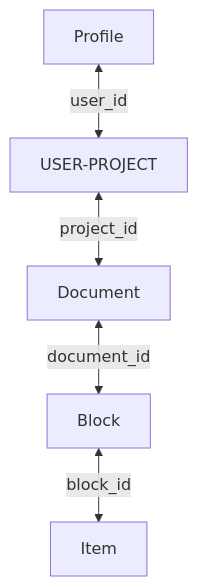
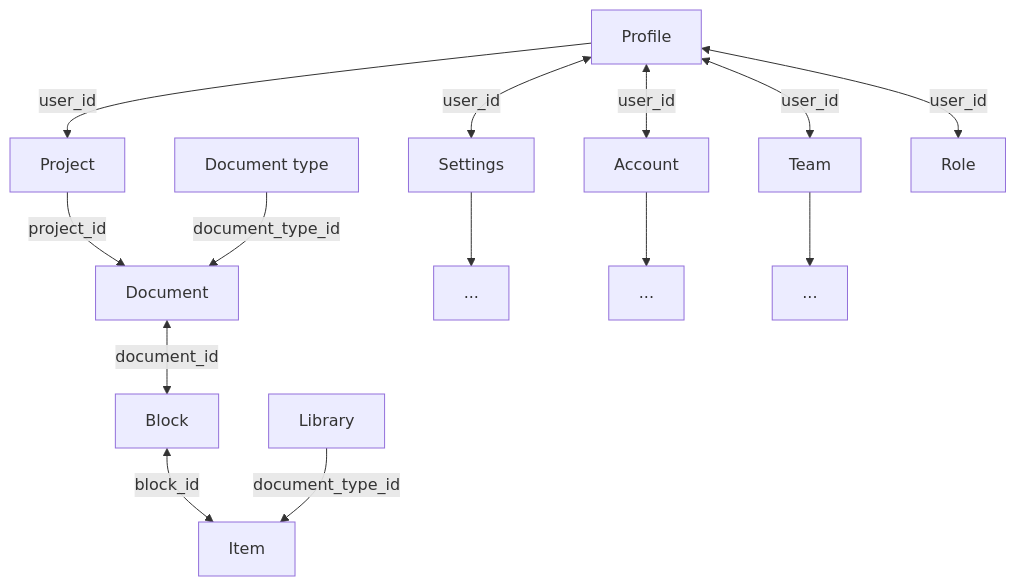
Before and after one commit to entools/tools.interface: the diagram in draft.md, drawn with Mermaid. The commit also changed other lines of this file, not shown here.

Commit message:
fix: draft md

````diff
--- a/draft.md
+++ b/draft.md
@@ -1,7 +1,18 @@
 ```mermaid
 flowchart
-USER-PROFILE[Profile] <--> |user_id| USER-PROJECT
-USER-PROJECT <--> |project_id| DOCUMENT[Document]
+USER-PROFILE[Profile] --> |user_id| USER-PROJECT[Project]
+USER-PROJECT --> |project_id| DOCUMENT[Document]
 DOCUMENT <--> |document_id| BLOCK[Block]
 BLOCK[Block] <--> |block_id| ITEM[Item]
+LIBRARY[Library] --> |document_type_id| ITEM[Item]
+DOCUMENT-TYPE[Document type] --> |document_type_id| DOCUMENT
+
+USER-PROFILE[Profile] <--> |user_id| USER-SETTINGS[Settings]
+USER-PROFILE[Profile] <--> |user_id| USER-ACCOUNT[Account]
+USER-PROFILE[Profile] <--> |user_id| USER-TEAM[Team]
+USER-PROFILE[Profile] <--> |user_id| USER-ROLE[Role]
+
+USER-SETTINGS --> SETTINGS-DETAILS[...]
+USER-ACCOUNT --> ACCOUNT-DETAILS[...]
+USER-TEAM --> TEAM-DETAILS[...]
 ```
````
